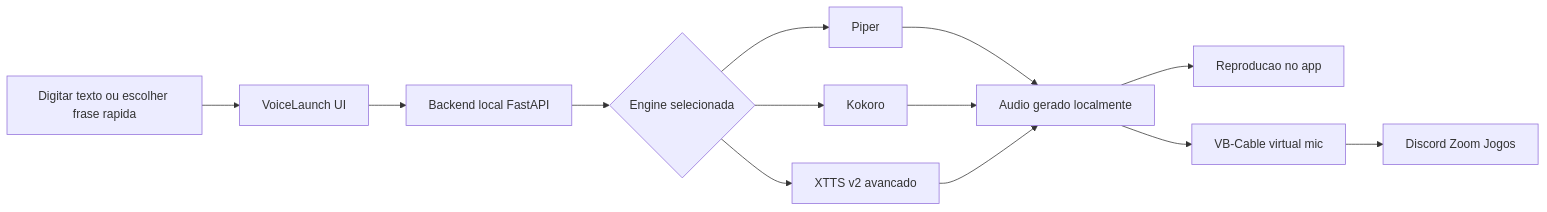
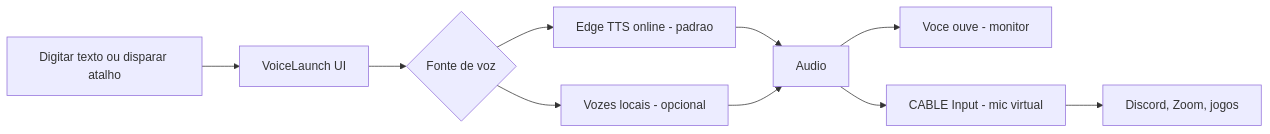
One commit to skarL007/sound_voice changed the diagram in README.md. Above: the diagram before and after it, drawn with Mermaid. The commit also changed other lines of this file and 5 other files, not shown here.

````diff
--- a/README.md
+++ b/README.md
@@ -89,15 +89,12 @@
 ```mermaid
 flowchart LR
-    A[Digitar texto ou escolher frase rapida] --> B[VoiceLaunch UI]
-    B --> C[Backend local FastAPI]
-    C --> D{Engine selecionada}
-    D --> E[Piper]
-    D --> F[Kokoro]
-    D --> G[XTTS v2 avancado]
-    E --> H[Audio gerado localmente]
-    F --> H
-    G --> H
-    H --> I[Reproducao no app]
-    H --> J[VB-Cable virtual mic]
-    J --> K[Discord Zoom Jogos]
+    A[Digitar texto ou disparar atalho] --> B[VoiceLaunch UI]
+    B --> C{Fonte de voz}
+    C --> D[Edge TTS online - padrao]
+    C --> E[Vozes locais - opcional]
+    D --> F[Audio]
+    E --> F
+    F --> G[Voce ouve - monitor]
+    F --> H[CABLE Input - mic virtual]
+    H --> I[Discord, Zoom, jogos]
 ```
````
